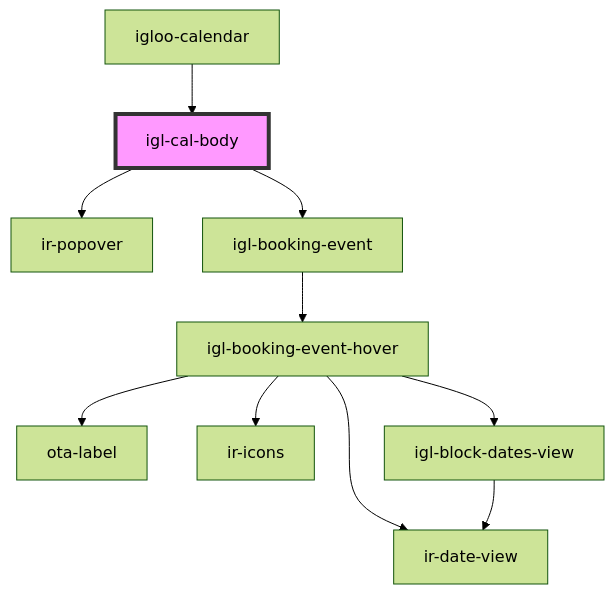
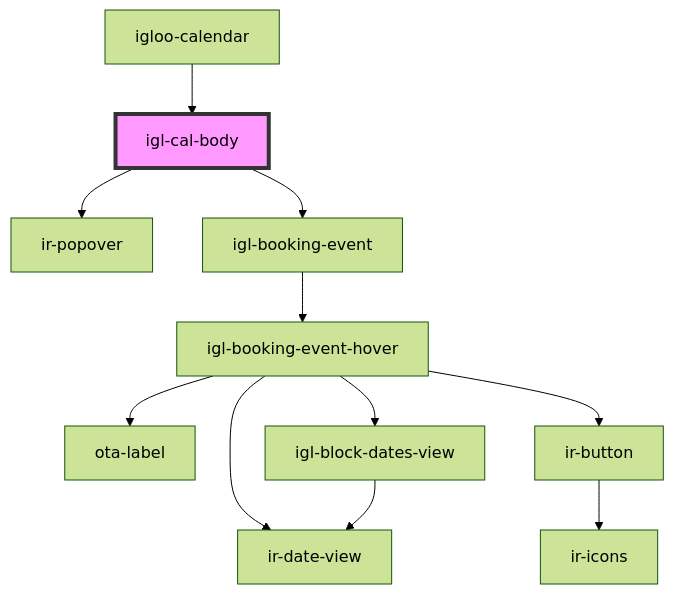
Before and after one commit to David1Chowaifaty/modified-ir-webcmp: the diagram in src/components/igloo-calendar/igl-cal-body/readme.md, drawn with Mermaid (forest theme). The commit also changed 28 other files, not shown here.

````diff
--- a/src/components/igloo-calendar/igl-cal-body/readme.md
+++ b/src/components/igloo-calendar/igl-cal-body/readme.md
@@ -42,13 +42,14 @@
 ```mermaid
 graph TD;
   igl-cal-body --> ir-popover
   igl-cal-body --> igl-booking-event
   igl-booking-event --> igl-booking-event-hover
   igl-booking-event-hover --> ota-label
   igl-booking-event-hover --> ir-date-view
-  igl-booking-event-hover --> ir-icons
+  igl-booking-event-hover --> ir-button
   igl-booking-event-hover --> igl-block-dates-view
+  ir-button --> ir-icons
   igl-block-dates-view --> ir-date-view
   igloo-calendar --> igl-cal-body
   style igl-cal-body fill:#f9f,stroke:#333,stroke-width:4px
 ```
````
